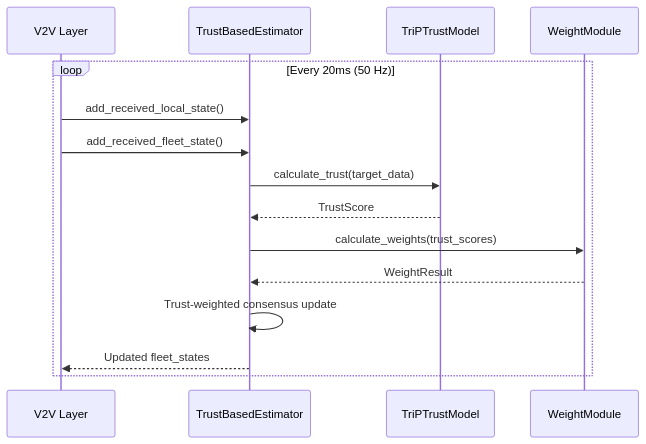
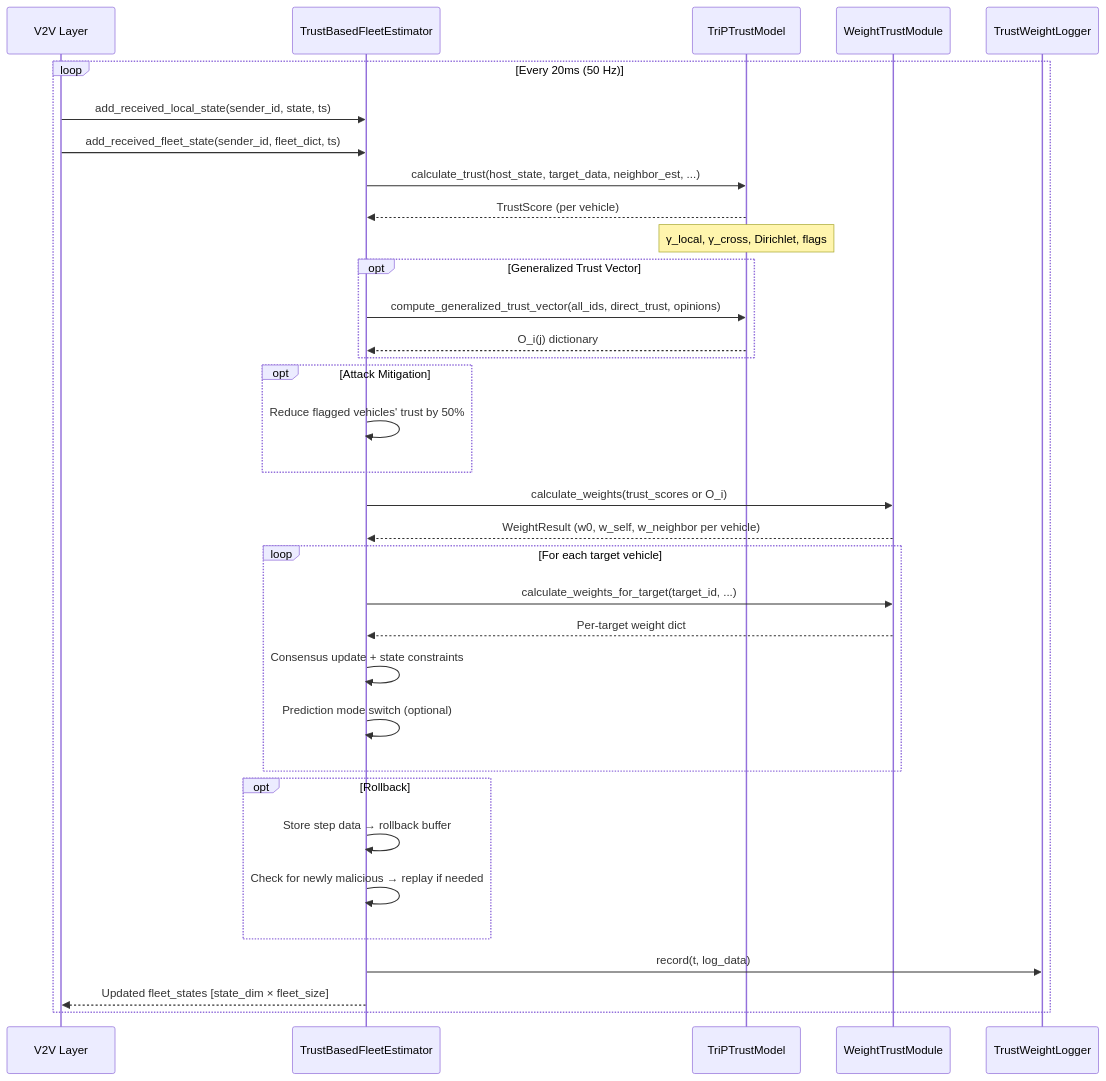
Before and after one commit to kslhuy/QCar2_Cran: the second of 2 diagrams in Development/multi_vehicle_self_driving_RealQcar/qcar/Observer/TrustbasedDistributedObserver/README.md, drawn with Mermaid. The commit also changed other lines of this file and 46 other files, not shown here.

````diff
--- a/Development/multi_vehicle_self_driving_RealQcar/qcar/Observer/TrustbasedDistributedObserver/README.md
+++ b/Development/multi_vehicle_self_driving_RealQcar/qcar/Observer/TrustbasedDistributedObserver/README.md
@@ -111,21 +249,44 @@
 ```mermaid
 sequenceDiagram
     participant V2V as V2V Layer
-    participant TE as TrustBasedEstimator
+    participant FE as TrustBasedFleetEstimator
     participant TM as TriPTrustModel
-    participant WM as WeightModule
-    
+    participant WM as WeightTrustModule
+    participant LOG as TrustWeightLogger
+
     loop Every 20ms (50 Hz)
-        V2V->>TE: add_received_local_state()
-        V2V->>TE: add_received_fleet_state()
-        
-        TE->>TM: calculate_trust(target_data)
-        TM-->>TE: TrustScore
-        
-        TE->>WM: calculate_weights(trust_scores)
-        WM-->>TE: WeightResult
-        
-        TE->>TE: Trust-weighted consensus update
-        TE-->>V2V: Updated fleet_states
+        V2V->>FE: add_received_local_state(sender_id, state, ts)
+        V2V->>FE: add_received_fleet_state(sender_id, fleet_dict, ts)
+
+        FE->>TM: calculate_trust(host_state, target_data, neighbor_est, ...)
+        TM-->>FE: TrustScore (per vehicle)
+        Note over TM: γ_local, γ_cross, Dirichlet, flags
+
+        opt Generalized Trust Vector
+            FE->>TM: compute_generalized_trust_vector(all_ids, direct_trust, opinions)
+            TM-->>FE: O_i(j) dictionary
+        end
+
+        opt Attack Mitigation
+            FE->>FE: Reduce flagged vehicles' trust by 50%
+        end
+
+        FE->>WM: calculate_weights(trust_scores or O_i)
+        WM-->>FE: WeightResult (w0, w_self, w_neighbor per vehicle)
+
+        loop For each target vehicle
+            FE->>WM: calculate_weights_for_target(target_id, ...)
+            WM-->>FE: Per-target weight dict
+            FE->>FE: Consensus update + state constraints
+            FE->>FE: Prediction mode switch (optional)
+        end
+
+        opt Rollback
+            FE->>FE: Store step data → rollback buffer
+            FE->>FE: Check for newly malicious → replay if needed
+        end
+
+        FE->>LOG: record(t, log_data)
+        FE-->>V2V: Updated fleet_states [state_dim × fleet_size]
     end
 ```
````
